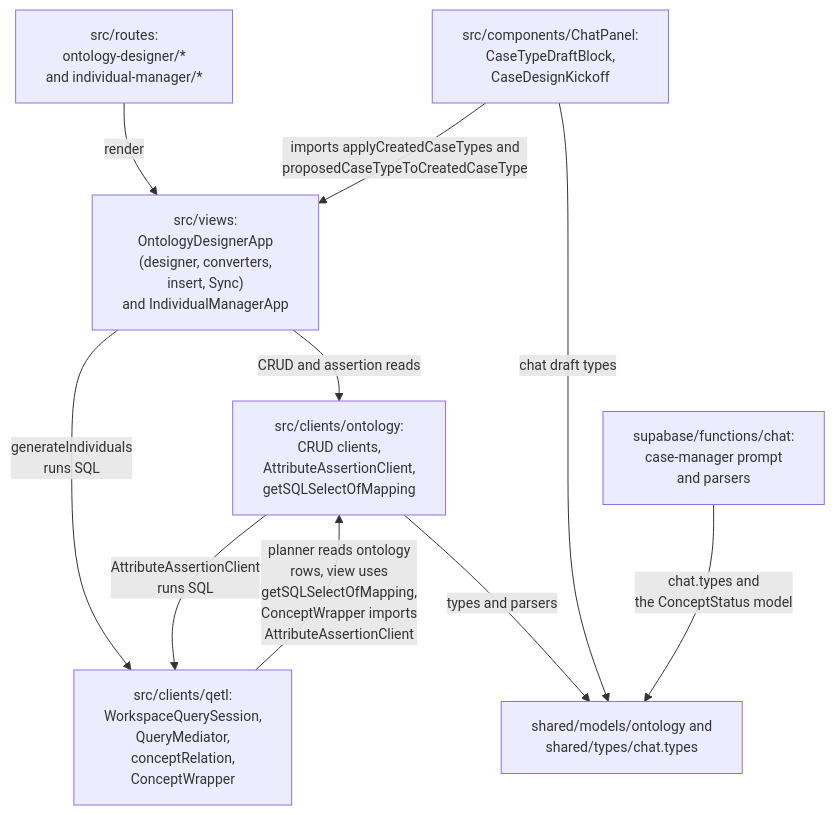
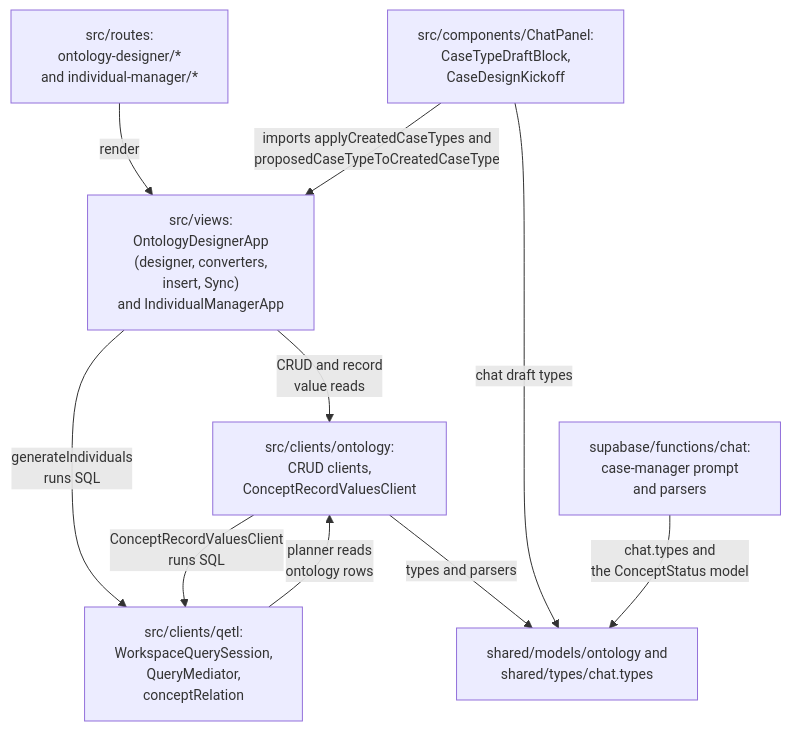
The first of 10 diagrams in docs/ontology-architecture.md (AvandarLabs/avandar), drawn with Mermaid before and after one commit. The commit also changed other lines of this file and 3 other files, not shown here.

Commit message:
docs(joined-cases): describe one value implementation and the record page's read path

````diff
--- a/docs/ontology-architecture.md
+++ b/docs/ontology-architecture.md
@@ -102,20 +103,20 @@
 ```mermaid
 %%{init: {'themeVariables': {'fontSize': '14px'}}}%%
 flowchart TD
   RT["src/routes:<br/>ontology-designer/*<br/>and individual-manager/*"]
   VW["src/views:<br/>OntologyDesignerApp<br/>(designer, converters,<br/>insert, Sync)<br/>and IndividualManagerApp"]
   CP["src/components/ChatPanel:<br/>CaseTypeDraftBlock,<br/>CaseDesignKickoff"]
-  OC["src/clients/ontology:<br/>CRUD clients,<br/>AttributeAssertionClient,<br/>getSQLSelectOfMapping"]
-  QE["src/clients/qetl:<br/>WorkspaceQuerySession,<br/>QueryMediator,<br/>conceptRelation,<br/>ConceptWrapper"]
+  OC["src/clients/ontology:<br/>CRUD clients,<br/>ConceptRecordValuesClient"]
+  QE["src/clients/qetl:<br/>WorkspaceQuerySession,<br/>QueryMediator,<br/>conceptRelation"]
   SM["shared/models/ontology and<br/>shared/types/chat.types"]
   EF["supabase/functions/chat:<br/>case-manager prompt<br/>and parsers"]
   RT -- "render" --> VW
   CP -- "imports applyCreatedCaseTypes and<br/>proposedCaseTypeToCreatedCaseType" --> VW
-  VW -- "CRUD and assertion reads" --> OC
+  VW -- "CRUD and record<br/>value reads" --> OC
   VW -- "generateIndividuals<br/>runs SQL" --> QE
-  OC -- "AttributeAssertionClient<br/>runs SQL" --> QE
-  QE -- "planner reads ontology<br/>rows, view uses<br/>getSQLSelectOfMapping,<br/>ConceptWrapper imports<br/>AttributeAssertionClient" --> OC
+  OC -- "ConceptRecordValuesClient<br/>runs SQL" --> QE
+  QE -- "planner reads<br/>ontology rows" --> OC
   OC -- "types and parsers" --> SM
   CP -- "chat draft types" --> SM
   EF -- "chat.types and<br/>the ConceptStatus model" --> SM
 ```
````
